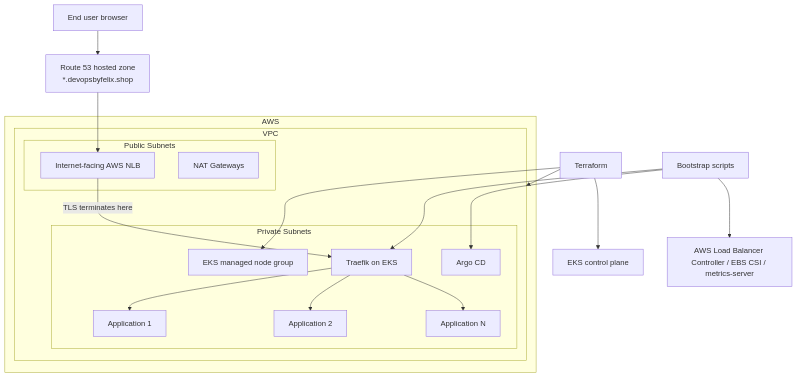
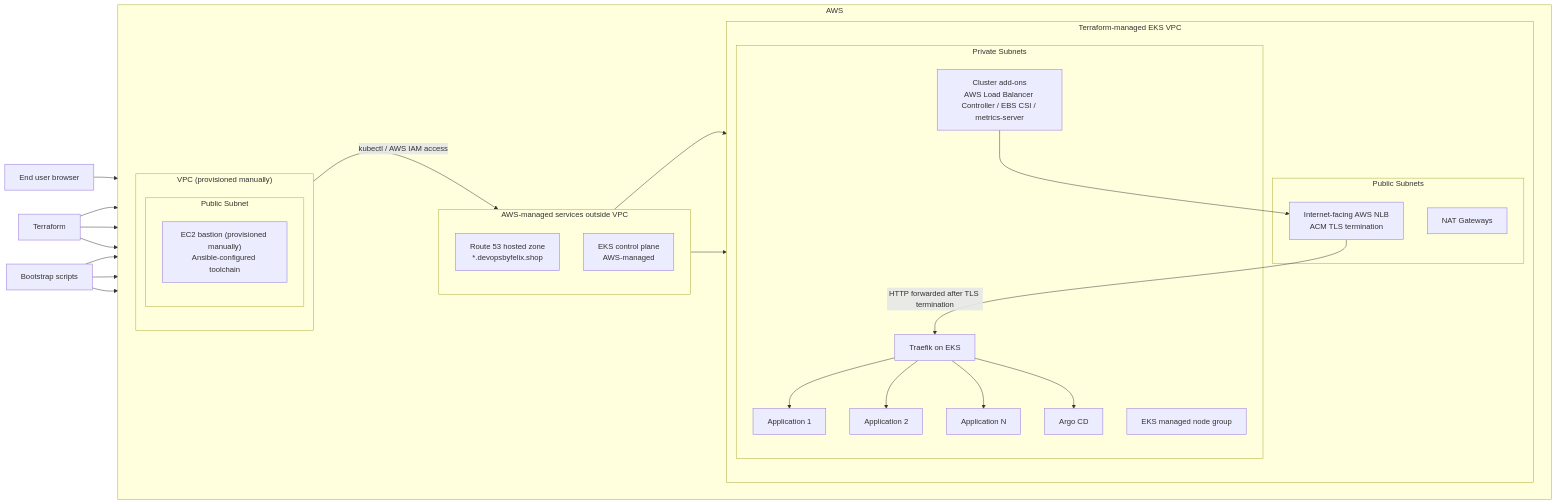
One commit to felixngwhuk/opentelemetry-devops-demo-infra changed the diagram in README.md. Above: the diagram before and after it, drawn with Mermaid. The commit also changed other lines of this file, not shown here.

Commit message:
Enhance README with GitHub Actions and Ansible automation details for infrastructure lifecycle orchestration and bastion host configuration

````diff
--- a/README.md
+++ b/README.md
@@ -116,33 +142,61 @@
 ```mermaid
-flowchart TD
+flowchart LR
     U[End user browser] --> D[Route 53 hosted zone\n*.devopsbyfelix.shop]
-    D --> NLB[Internet-facing AWS NLB]
-    NLB -->|TLS terminates here| T[Traefik on EKS]
+    D --> NLB[Internet-facing AWS NLB\nACM TLS termination]
+    NLB -->|HTTP forwarded after TLS termination| T[Traefik on EKS]
+
     T --> A1[Application 1]
     T --> A2[Application 2]
     T --> A3[Application N]
+    T --> ARGO[Argo CD]
+
+    TF[Terraform] --> EKS_VPC
+    TF --> EKSCP[EKS control plane\nAWS-managed]
+    TF --> EKS
+
+    SCRIPTS[Bootstrap scripts] --> T
+    SCRIPTS --> ARGO
+    SCRIPTS --> ADDONS[Cluster add-ons\nAWS Load Balancer Controller / EBS CSI / metrics-server]
+    ADDONS --> NLB
+
+    BASTION["EC2 bastion (provisioned manually)\nAnsible-configured toolchain"] -->|kubectl / AWS IAM access| EKSCP
+    EKSCP --> EKS
 
     subgraph AWS
-      subgraph VPC
-        subgraph Public Subnets
+      direction LR
+
+      subgraph OPS_VPC["VPC (provisioned manually)"]
+        direction TB
+        subgraph OPS_PUBLIC["Public Subnet"]
+          BASTION
+        end
+      end
+
+      subgraph AWS_MANAGED["AWS-managed services outside VPC"]
+        direction TB
+        D
+        EKSCP
+      end
+
+      subgraph EKS_VPC["Terraform-managed EKS VPC"]
+        direction TB
+        subgraph PUBLIC["Public Subnets"]
           NLB
           NAT[NAT Gateways]
         end
-        subgraph Private Subnets
+
+        subgraph PRIVATE["Private Subnets"]
           EKS[EKS managed node group]
+          ADDONS
           T
           A1
           A2
           A3
-          ARGO[Argo CD]
+          ARGO
         end
       end
     end
 
-    TF[Terraform] --> VPC[VPC + networking]
-    TF --> EKSCP[EKS control plane]
-    TF --> EKS
-    SCRIPTS[Bootstrap scripts] --> T
-    SCRIPTS --> ARGO
-    SCRIPTS --> ADDONS[AWS Load Balancer Controller / EBS CSI / metrics-server]
+    OPS_VPC ~~~ AWS_MANAGED
+    AWS_MANAGED ~~~ EKS_VPC
 ```
````
